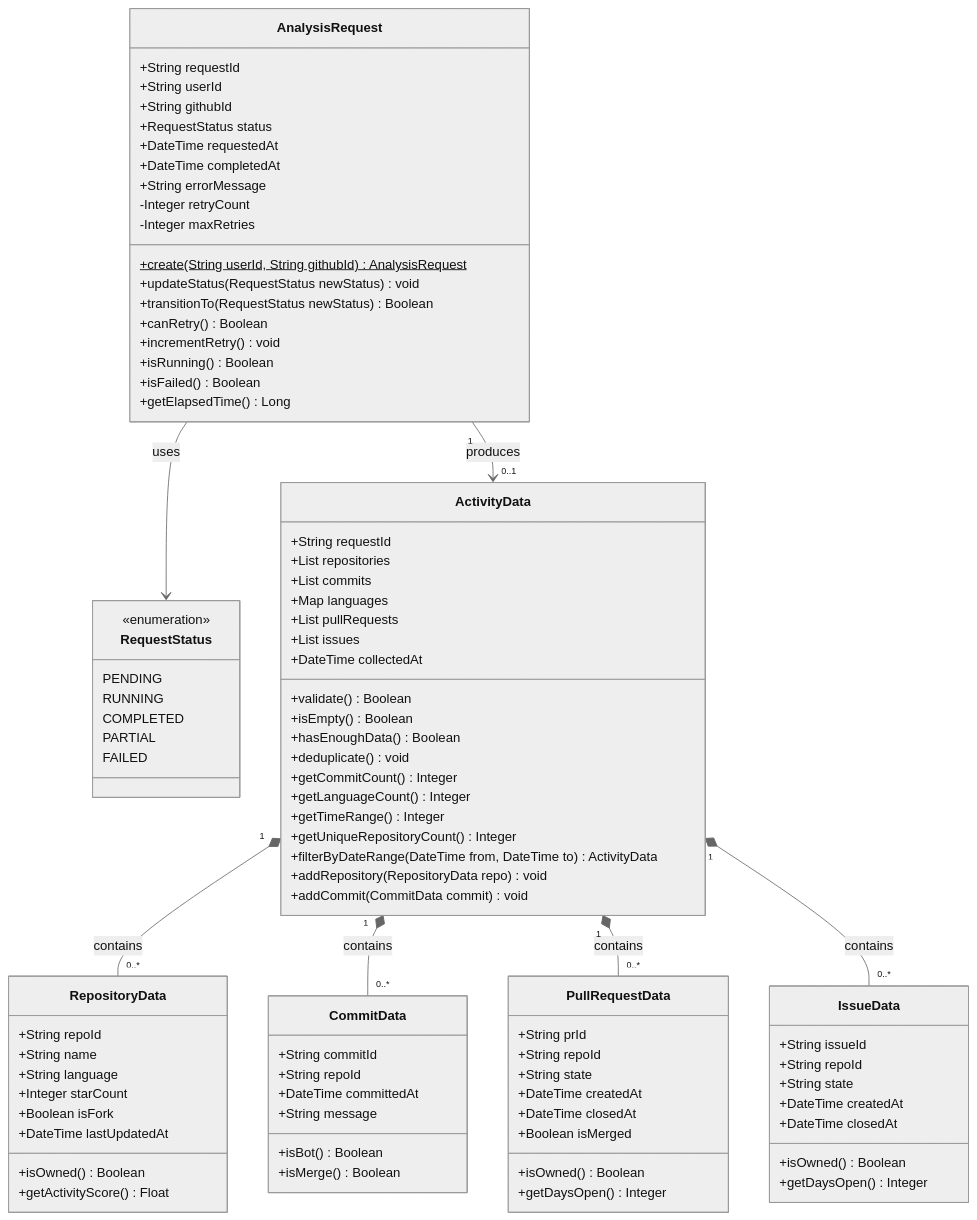
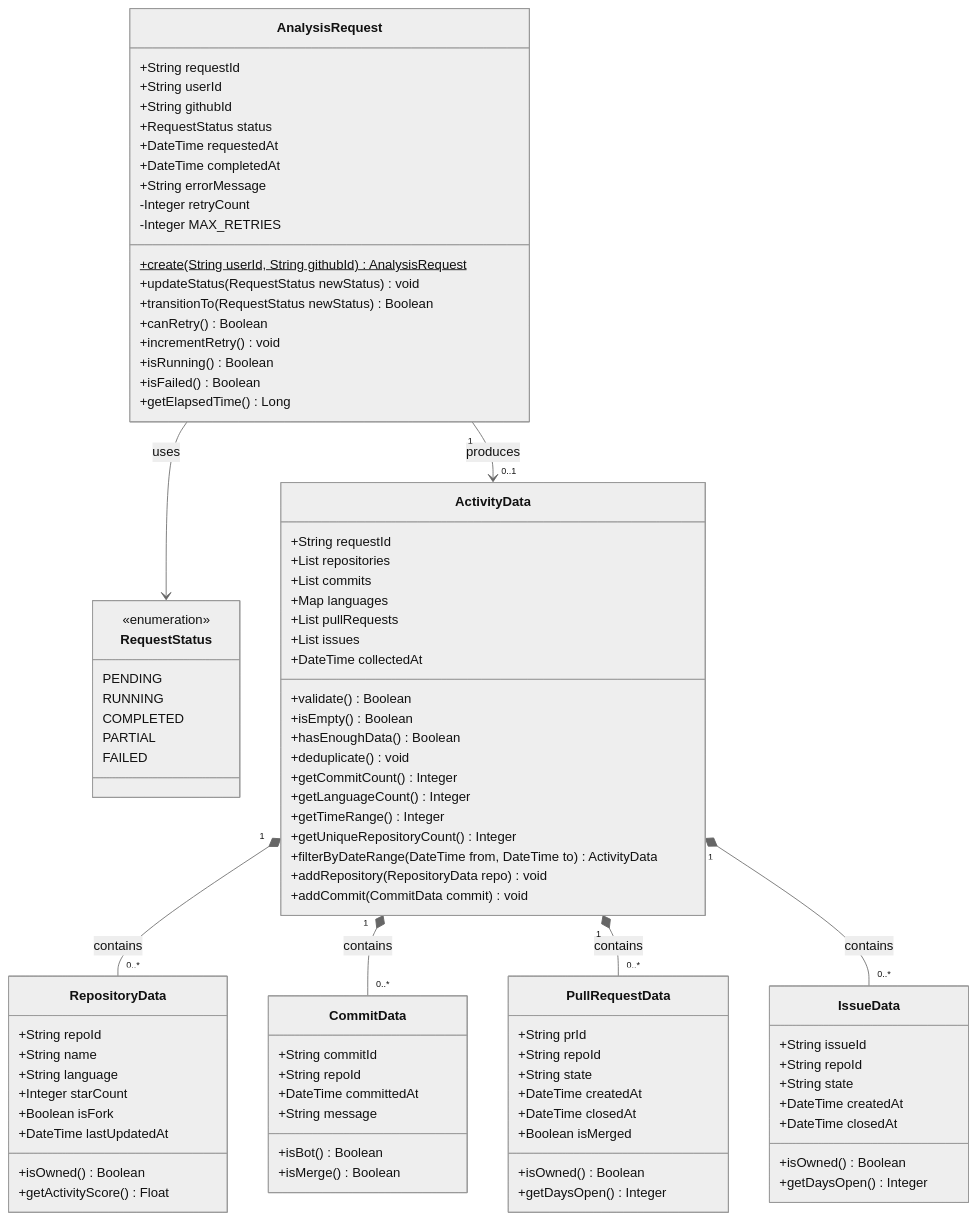
Before and after one commit to NotHyoone/OSS_Design: the fourth of 15 diagrams in Design_[22212046_안효원].md, drawn with Mermaid (neutral theme). The commit also changed other lines of this file and 5 other files, not shown here.

```diff
--- a/Design_[22212046_안효원].md
+++ b/Design_[22212046_안효원].md
@@ -296,7 +296,7 @@
         +DateTime completedAt
         +String errorMessage
         -Integer retryCount
-        -Integer maxRetries
+        -Integer MAX_RETRIES
         +create(String userId, String githubId)$ AnalysisRequest
         +updateStatus(RequestStatus newStatus) void
         +transitionTo(RequestStatus newStatus) Boolean
```
